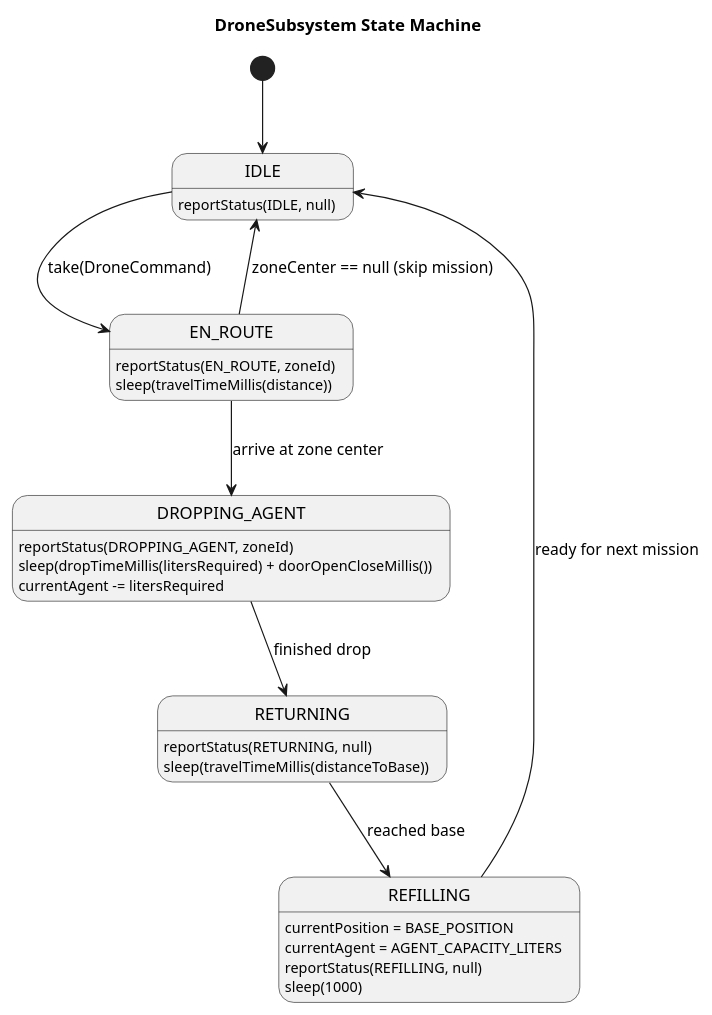
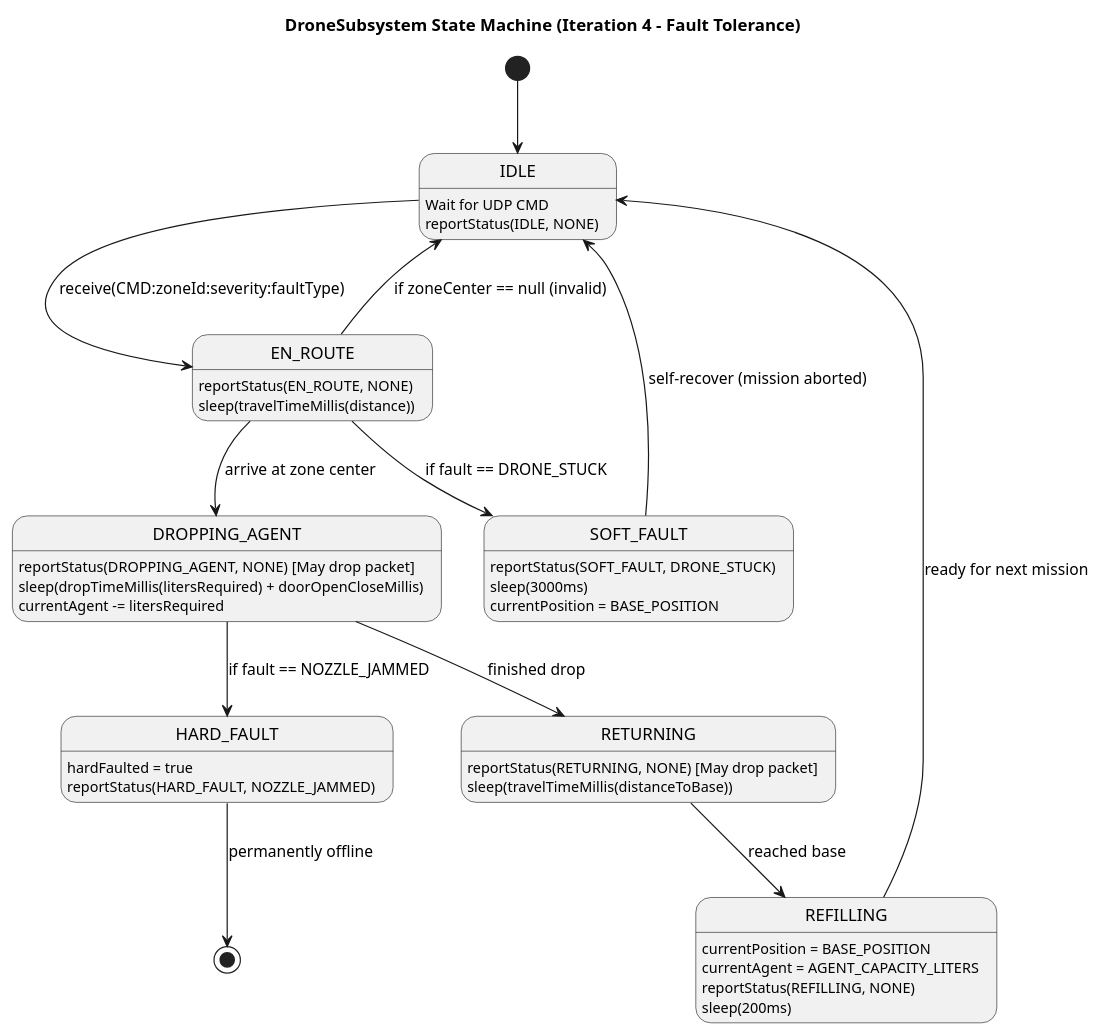
The diagram in Diagrams/DroneSubsystem State Machine Diagram.puml (UMNIYAH/Firefighting-Drone-Swarm), drawn with PlantUML before and after one commit. The commit also changed 9 other files, not shown here.

Commit message:
- Updated UML

```diff
--- a/Diagrams/DroneSubsystem State Machine Diagram.puml
+++ b/Diagrams/DroneSubsystem State Machine Diagram.puml
@@ -1,32 +1,55 @@
 @startuml
-title DroneSubsystem State Machine
+title DroneSubsystem State Machine (Iteration 4 - Fault Tolerance)
 
 [*] --> IDLE
 
 state IDLE {
 }
-IDLE : reportStatus(IDLE, null)
-IDLE --> EN_ROUTE : take(DroneCommand)
+IDLE : Wait for UDP CMD
+IDLE : reportStatus(IDLE, NONE)
+IDLE --> EN_ROUTE : receive(CMD:zoneId:severity:faultType)
 
-EN_ROUTE : reportStatus(EN_ROUTE, zoneId)
+state EN_ROUTE {
+}
+EN_ROUTE : reportStatus(EN_ROUTE, NONE)
 EN_ROUTE : sleep(travelTimeMillis(distance))
 EN_ROUTE --> DROPPING_AGENT : arrive at zone center
+EN_ROUTE --> SOFT_FAULT : if fault == DRONE_STUCK
+EN_ROUTE --> IDLE : if zoneCenter == null (invalid)
 
-DROPPING_AGENT : reportStatus(DROPPING_AGENT, zoneId)
-DROPPING_AGENT : sleep(dropTimeMillis(litersRequired) + doorOpenCloseMillis())
+state SOFT_FAULT {
+}
+SOFT_FAULT : reportStatus(SOFT_FAULT, DRONE_STUCK)
+SOFT_FAULT : sleep(3000ms)
+SOFT_FAULT : currentPosition = BASE_POSITION
+SOFT_FAULT --> IDLE : self-recover (mission aborted)
+
+state DROPPING_AGENT {
+}
+DROPPING_AGENT : reportStatus(DROPPING_AGENT, NONE) [May drop packet]
+DROPPING_AGENT : sleep(dropTimeMillis(litersRequired) + doorOpenCloseMillis)
 DROPPING_AGENT : currentAgent -= litersRequired
 DROPPING_AGENT --> RETURNING : finished drop
+DROPPING_AGENT --> HARD_FAULT : if fault == NOZZLE_JAMMED
 
-RETURNING : reportStatus(RETURNING, null)
+state HARD_FAULT {
+}
+HARD_FAULT : hardFaulted = true
+HARD_FAULT : reportStatus(HARD_FAULT, NOZZLE_JAMMED)
+HARD_FAULT --> [*] : permanently offline
+
+state RETURNING {
+}
+RETURNING : reportStatus(RETURNING, NONE) [May drop packet]
 RETURNING : sleep(travelTimeMillis(distanceToBase))
 RETURNING --> REFILLING : reached base
 
+state REFILLING {
+}
 REFILLING : currentPosition = BASE_POSITION
 REFILLING : currentAgent = AGENT_CAPACITY_LITERS
-REFILLING : reportStatus(REFILLING, null)
-REFILLING : sleep(1000)
+REFILLING : reportStatus(REFILLING, NONE)
+REFILLING : sleep(200ms)
 REFILLING --> IDLE : ready for next mission
 
-EN_ROUTE --> IDLE : zoneCenter == null (skip mission)
-
 @enduml
```
